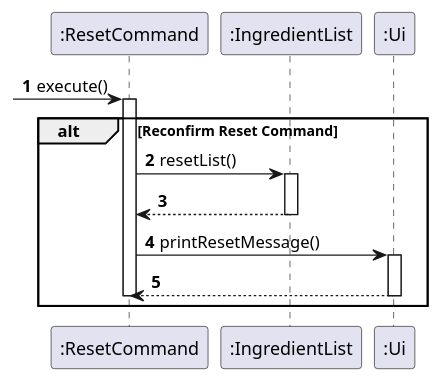
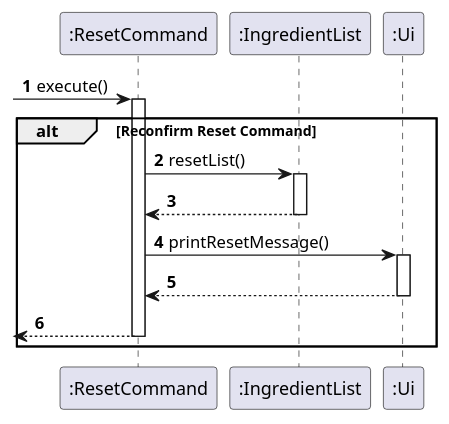
The diagram in docs/umlDiagrams/ResetSequence.puml (uosjapuelks/tp), drawn with PlantUML before and after one commit.

```diff
--- a/docs/umlDiagrams/ResetSequence.puml
+++ b/docs/umlDiagrams/ResetSequence.puml
@@ -1,24 +1,25 @@
 @startuml
 'https://plantuml.com/sequence-diagram
 
 autonumber
 
 -> ":ResetCommand": execute()
 activate ":ResetCommand"
 
 alt Reconfirm Reset Command
 
     ":ResetCommand" -> ":IngredientList": resetList()
     activate ":IngredientList"
     ":ResetCommand" <-- ":IngredientList":
     deactivate ":IngredientList"
 
     ":ResetCommand" -> ":Ui": printResetMessage()
     activate ":Ui"
     ":ResetCommand" <-- ":Ui"
     deactivate ":Ui"
 
-deactivate ":ResetCommand"
+    <-- ":ResetCommand"
+    deactivate ":ResetCommand"
 end
 
 @enduml
```
